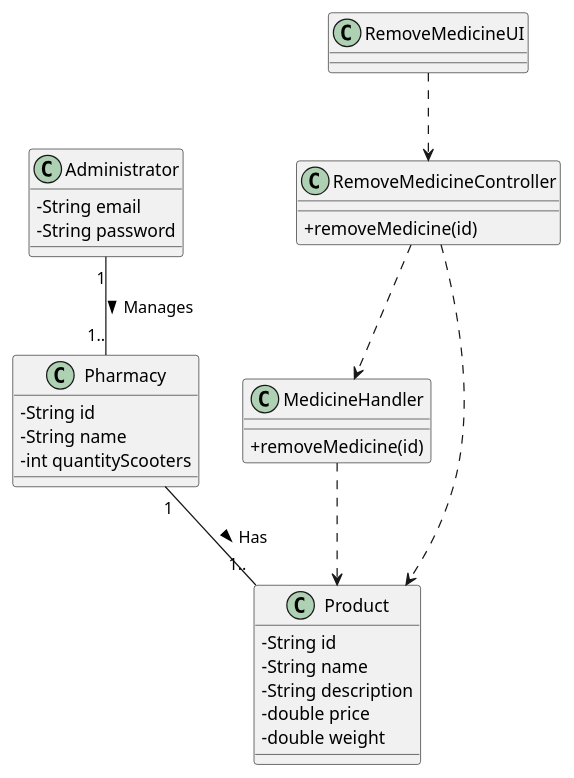
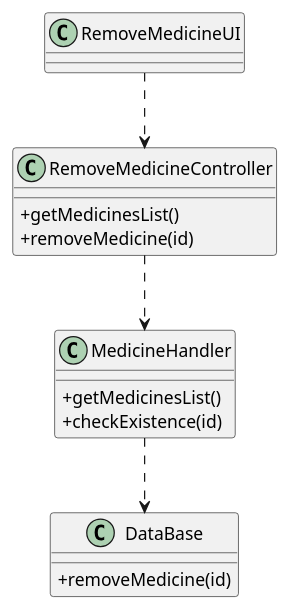
One commit to 1190452/LAPR3 changed the diagram in Documents/UC11/UC11_CD.puml. Above: the diagram before and after it, drawn with PlantUML. The commit also changed 3 other files, not shown here.

Commit message:
AUCMN1-108 #close #comment changes to the CD and SD diagrams

```diff
--- a/Documents/UC11/UC11_CD.puml
+++ b/Documents/UC11/UC11_CD.puml
@@ -1,45 +1,27 @@
 @startuml
 skinparam classAttributeIconSize 0
 
 class RemoveMedicineController {
+  +getMedicinesList()
   +removeMedicine(id)
 }
 
 class RemoveMedicineUI {
 }
 
-class MedicineHandler{
-    +removeMedicine(id)
+class MedicineHandler{ 
+  +getMedicinesList()
+  +checkExistence(id)
 }
 
-class Product {
-  -String id
-  -String name
-  -String description
-  -double price
-  -double weight
   
+class DataBase{
+  +removeMedicine(id)
 }
-
-class Administrator{
-  -String email
-  -String password 
-}
-
-class Pharmacy {
-  -String id
-  -String name
-  -int quantityScooters
-  }
-  
-
 
 RemoveMedicineUI ..> RemoveMedicineController
 RemoveMedicineController ..> MedicineHandler
-RemoveMedicineController ..> Product
-MedicineHandler ..> Product
+MedicineHandler ..> DataBase
 
-Pharmacy "1" -- "1.." Product: Has >
-Administrator "1" -- "1.." Pharmacy: Manages >
 
 @enduml
```
